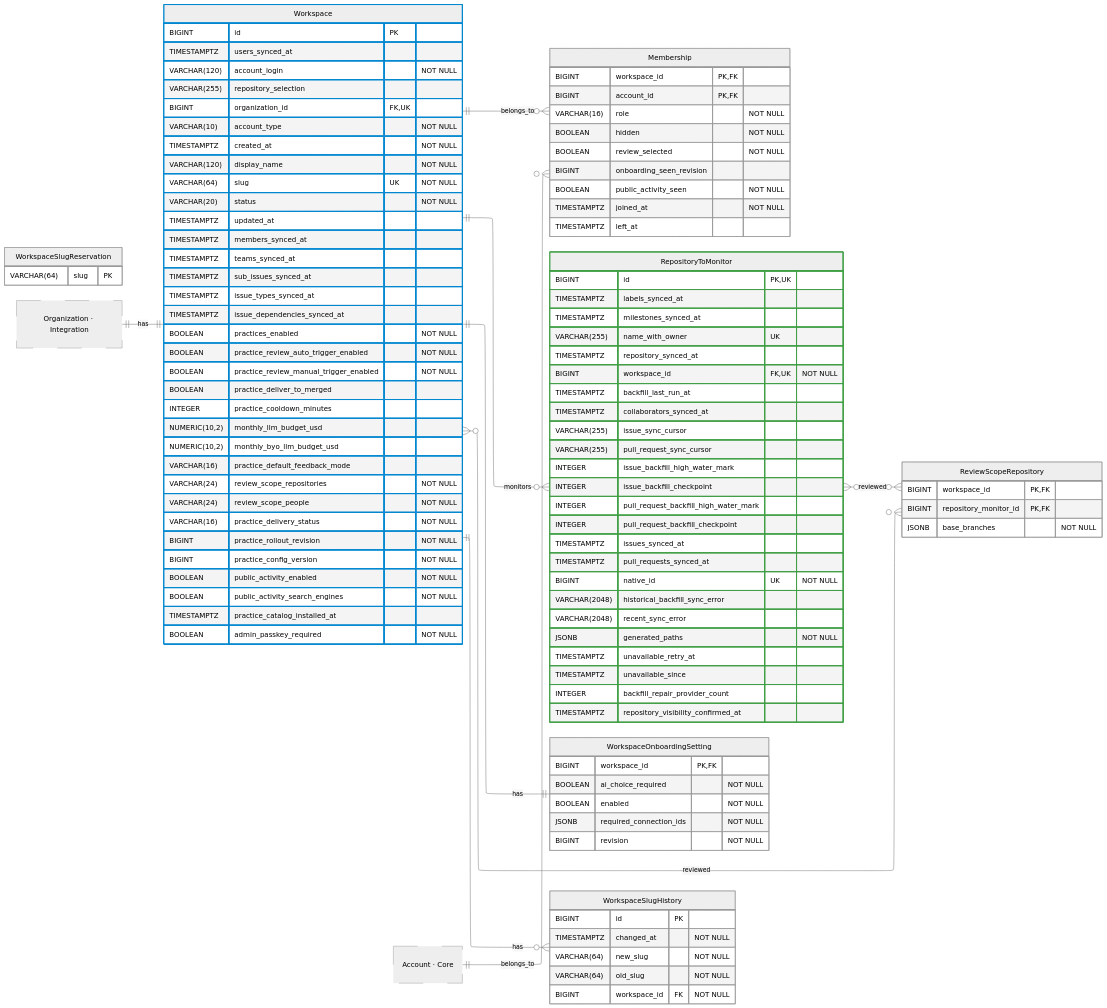
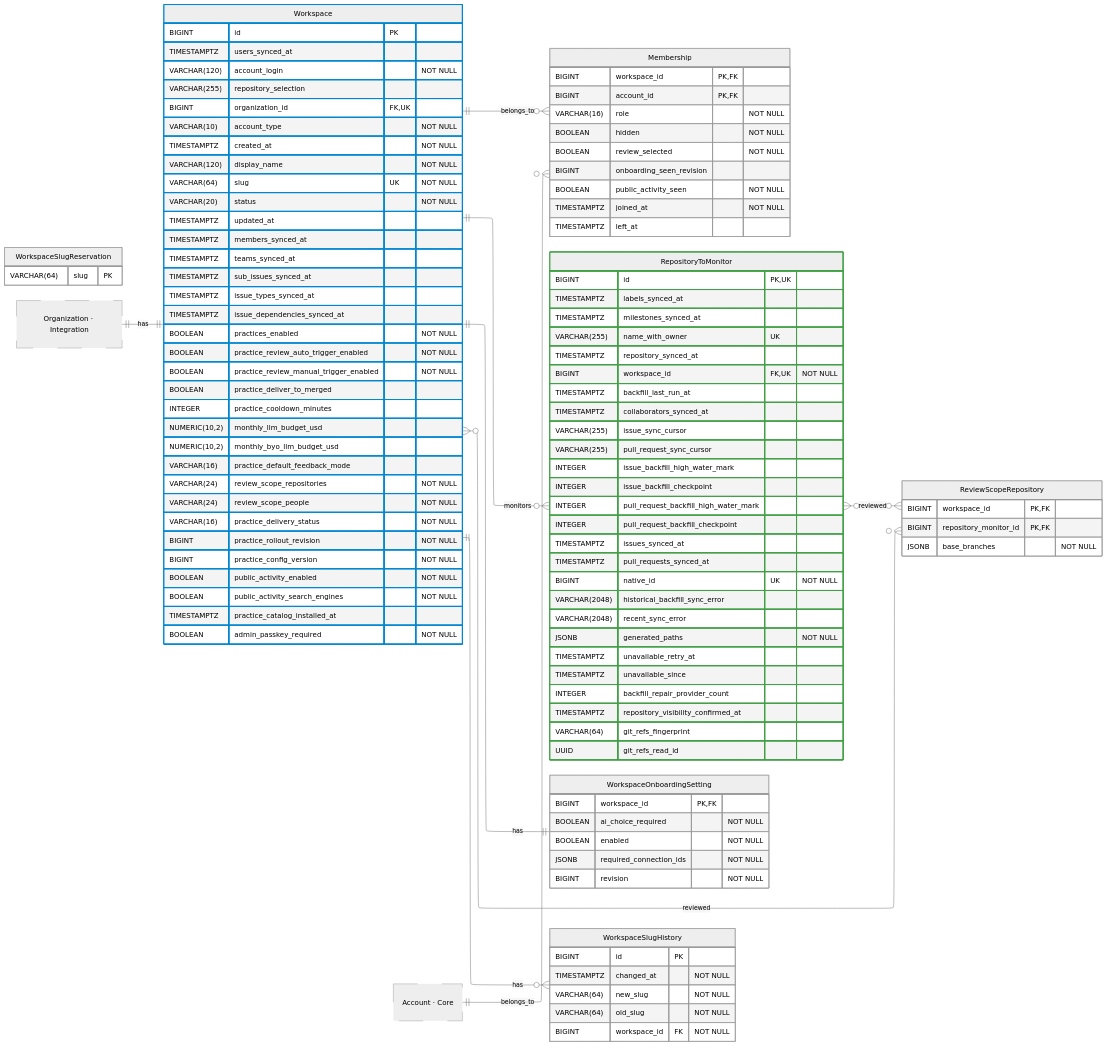
Before and after one commit to hephaestus-build/Hephaestus: the diagram in docs/contributor/erd/workspace.mmd, drawn with Mermaid (neutral theme). The commit also changed 104 other files, not shown here.

```diff
--- a/docs/contributor/erd/workspace.mmd
+++ b/docs/contributor/erd/workspace.mmd
@@ -1,140 +1,142 @@
 ---
 config:
     layout: elk
 ---
 erDiagram
     %% Generated automatically from PostgreSQL database schema
     %% using scripts/generate-mermaid-erd.ts
     %% To regenerate: vp run db:generate-erd-docs
 
     direction LR
 
     Membership {
         BIGINT workspace_id PK,FK
         BIGINT account_id PK,FK
         VARCHAR(16) role "NOT NULL"
         BOOLEAN hidden "NOT NULL"
         BOOLEAN review_selected "NOT NULL"
         BIGINT onboarding_seen_revision
         BOOLEAN public_activity_seen "NOT NULL"
         TIMESTAMPTZ joined_at "NOT NULL"
         TIMESTAMPTZ left_at
     }
 
     RepositoryToMonitor {
         BIGINT id PK,UK
         TIMESTAMPTZ labels_synced_at
         TIMESTAMPTZ milestones_synced_at
         VARCHAR(255) name_with_owner UK
         TIMESTAMPTZ repository_synced_at
         BIGINT workspace_id FK,UK "NOT NULL"
         TIMESTAMPTZ backfill_last_run_at
         TIMESTAMPTZ collaborators_synced_at
         VARCHAR(255) issue_sync_cursor
         VARCHAR(255) pull_request_sync_cursor
         INTEGER issue_backfill_high_water_mark
         INTEGER issue_backfill_checkpoint
         INTEGER pull_request_backfill_high_water_mark
         INTEGER pull_request_backfill_checkpoint
         TIMESTAMPTZ issues_synced_at
         TIMESTAMPTZ pull_requests_synced_at
         BIGINT native_id UK "NOT NULL"
         VARCHAR(2048) historical_backfill_sync_error
         VARCHAR(2048) recent_sync_error
         JSONB generated_paths "NOT NULL"
         TIMESTAMPTZ unavailable_retry_at
         TIMESTAMPTZ unavailable_since
         INTEGER backfill_repair_provider_count
         TIMESTAMPTZ repository_visibility_confirmed_at
+        VARCHAR(64) git_refs_fingerprint
+        UUID git_refs_read_id
     }
 
     ReviewScopeRepository {
         BIGINT workspace_id PK,FK
         BIGINT repository_monitor_id PK,FK
         JSONB base_branches "NOT NULL"
     }
 
     Workspace {
         BIGINT id PK
         TIMESTAMPTZ users_synced_at
         VARCHAR(120) account_login "NOT NULL"
         VARCHAR(255) repository_selection
         BIGINT organization_id FK,UK
         VARCHAR(10) account_type "NOT NULL"
         TIMESTAMPTZ created_at "NOT NULL"
         VARCHAR(120) display_name "NOT NULL"
         VARCHAR(64) slug UK "NOT NULL"
         VARCHAR(20) status "NOT NULL"
         TIMESTAMPTZ updated_at
         TIMESTAMPTZ members_synced_at
         TIMESTAMPTZ teams_synced_at
         TIMESTAMPTZ sub_issues_synced_at
         TIMESTAMPTZ issue_types_synced_at
         TIMESTAMPTZ issue_dependencies_synced_at
         BOOLEAN practices_enabled "NOT NULL"
         BOOLEAN practice_review_auto_trigger_enabled "NOT NULL"
         BOOLEAN practice_review_manual_trigger_enabled "NOT NULL"
         BOOLEAN practice_deliver_to_merged
         INTEGER practice_cooldown_minutes
         NUMERIC(10,2) monthly_llm_budget_usd
         NUMERIC(10,2) monthly_byo_llm_budget_usd
         VARCHAR(16) practice_default_feedback_mode
         VARCHAR(24) review_scope_repositories "NOT NULL"
         VARCHAR(24) review_scope_people "NOT NULL"
         VARCHAR(16) practice_delivery_status "NOT NULL"
         BIGINT practice_rollout_revision "NOT NULL"
         BIGINT practice_config_version "NOT NULL"
         BOOLEAN public_activity_enabled "NOT NULL"
         BOOLEAN public_activity_search_engines "NOT NULL"
         TIMESTAMPTZ practice_catalog_installed_at
         BOOLEAN admin_passkey_required "NOT NULL"
     }
 
     WorkspaceOnboardingSetting {
         BIGINT workspace_id PK,FK
         BOOLEAN ai_choice_required "NOT NULL"
         BOOLEAN enabled "NOT NULL"
         JSONB required_connection_ids "NOT NULL"
         BIGINT revision "NOT NULL"
     }
 
     WorkspaceSlugHistory {
         BIGINT id PK
         TIMESTAMPTZ changed_at "NOT NULL"
         VARCHAR(64) new_slug "NOT NULL"
         VARCHAR(64) old_slug "NOT NULL"
         BIGINT workspace_id FK "NOT NULL"
     }
 
     WorkspaceSlugReservation {
         VARCHAR(64) slug PK
     }
 
     Account["Account · Core"]
     Organization["Organization · Integration"]
 
     %% Relationships
     %% One-to-One relationships
     Organization ||--|| Workspace : has
     Workspace ||--|| WorkspaceOnboardingSetting : has
 
     %% One-to-Many relationships
     Account ||--o{ Membership : belongs_to
     Workspace ||--o{ Membership : belongs_to
     Workspace ||--o{ RepositoryToMonitor : monitors
     Workspace ||--o{ WorkspaceSlugHistory : has
 
     %% Many-to-Many relationships
     RepositoryToMonitor }o--o{ ReviewScopeRepository : reviewed
     Workspace }o--o{ ReviewScopeRepository : reviewed
 
     %% Styling
     classDef primaryEntity stroke:#0288d1,stroke-width:2px
     classDef associationEntity stroke:#8e24aa,stroke-width:2px
     classDef metadataEntity stroke:#43a047,stroke-width:2px
     classDef referenceEntity stroke-dasharray:5 5
 
     class Account referenceEntity
     class Organization referenceEntity
     class RepositoryToMonitor metadataEntity
     class Workspace primaryEntity
```
